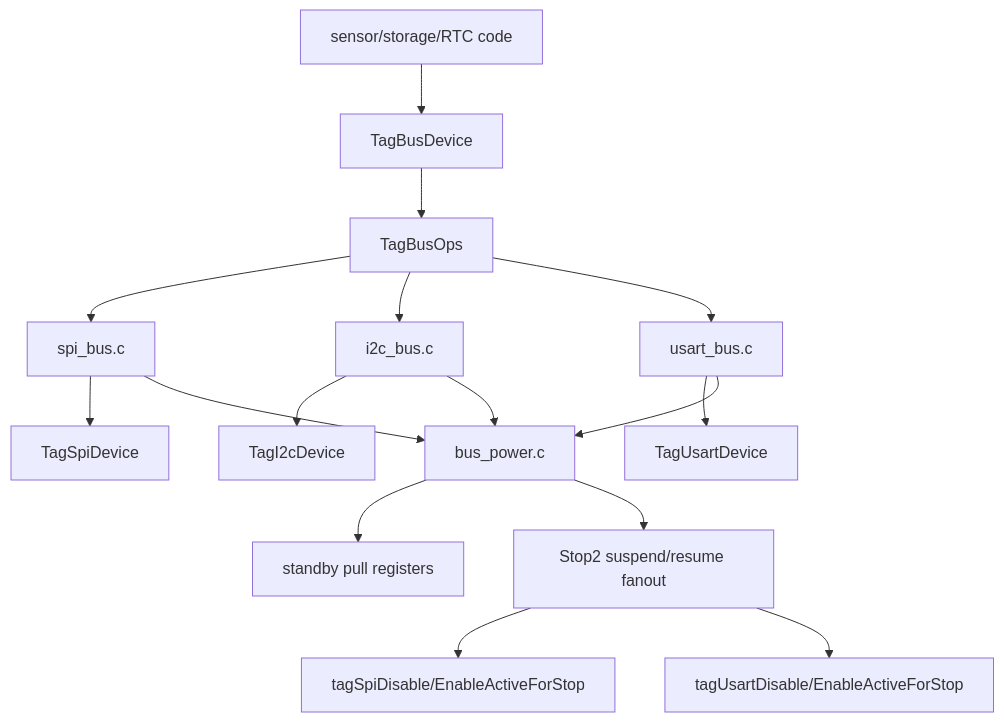
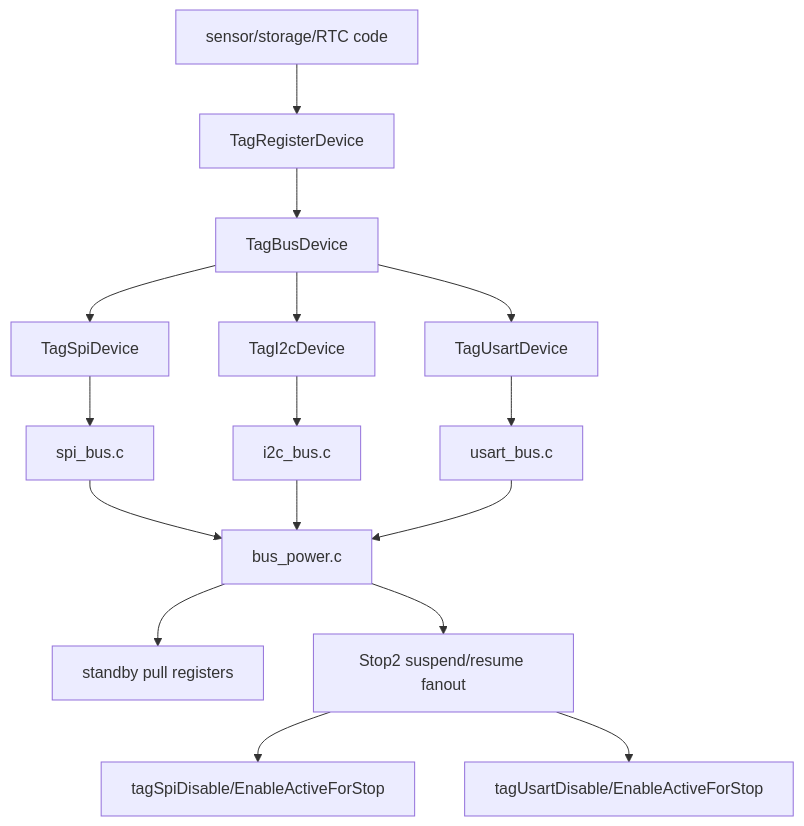
One commit to tag-designs/software changed the second of 2 diagrams in embedded/tags/common/core/README.md. Above: the diagram before and after it, drawn with Mermaid. The commit also changed other lines of this file and 41 other files, not shown here.

````diff
--- a/embedded/tags/common/core/README.md
+++ b/embedded/tags/common/core/README.md
@@ -90,27 +90,27 @@
 ```mermaid
 flowchart TD
   Driver["sensor/storage/RTC code"]
+  RegisterDevice["TagRegisterDevice"]
   BusDevice["TagBusDevice"]
-  BusOps["TagBusOps"]
 
-  Driver --> BusDevice
-  BusDevice --> BusOps
+  Driver --> RegisterDevice
+  RegisterDevice --> BusDevice
 
-  BusOps --> SpiBus["spi_bus.c"]
-  BusOps --> I2cBus["i2c_bus.c"]
-  BusOps --> UsartBus["usart_bus.c"]
+  BusDevice --> SpiDevice["TagSpiDevice"]
+  BusDevice --> I2cDevice["TagI2cDevice"]
+  BusDevice --> UsartDevice["TagUsartDevice"]
 
-  SpiBus --> SpiDevice["TagSpiDevice"]
-  I2cBus --> I2cDevice["TagI2cDevice"]
-  UsartBus --> UsartDevice["TagUsartDevice"]
+  SpiDevice --> SpiBus["spi_bus.c"]
+  I2cDevice --> I2cBus["i2c_bus.c"]
+  UsartDevice --> UsartBus["usart_bus.c"]
 
   SpiBus --> Shared["bus_power.c"]
   I2cBus --> Shared
   UsartBus --> Shared
 
   Shared --> StandbyPulls["standby pull registers"]
   Shared --> Stop2["Stop2 suspend/resume fanout"]
 
   Stop2 --> SpiStop["tagSpiDisable/EnableActiveForStop"]
   Stop2 --> UsartStop["tagUsartDisable/EnableActiveForStop"]
 ```
````
